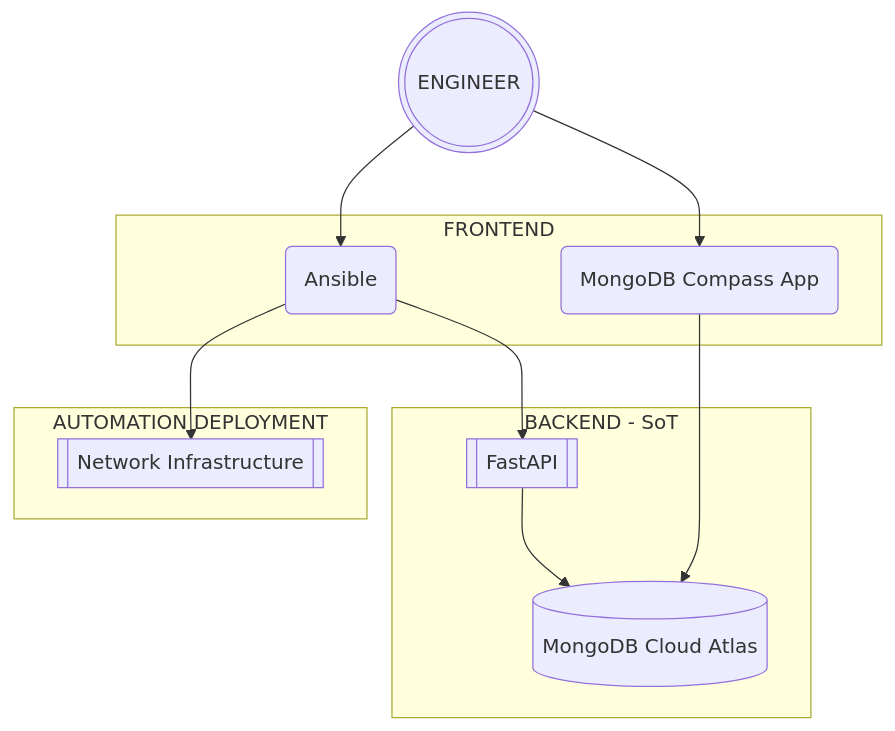
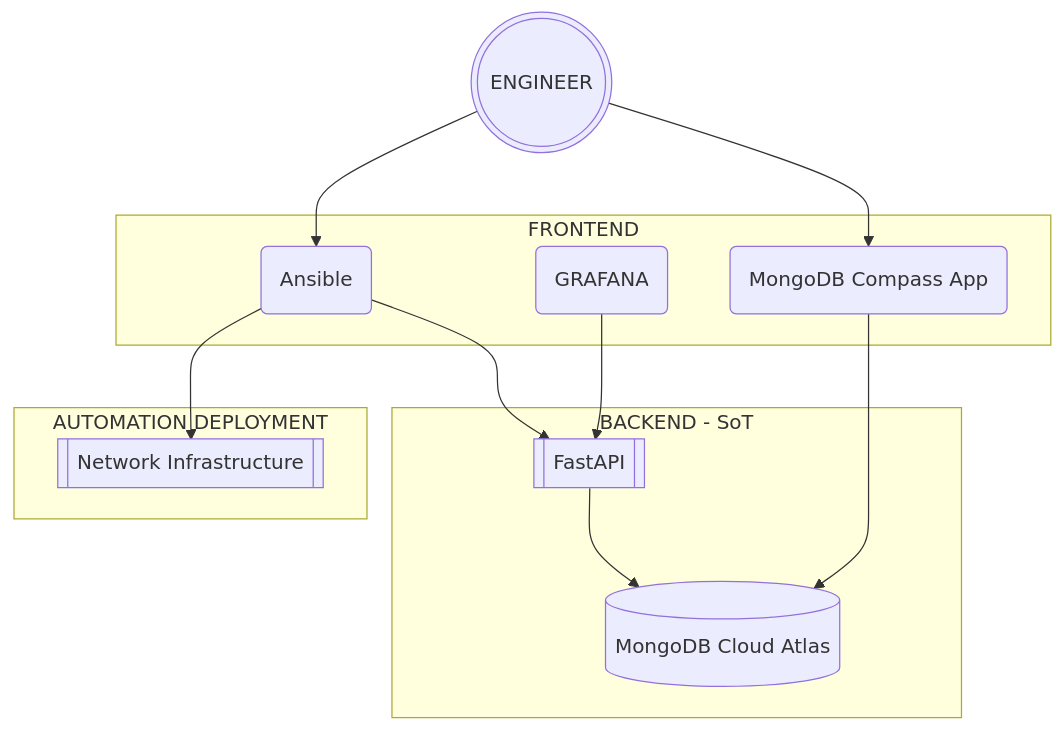
One commit to jnaranjom/iac_network_deployment changed the diagram in diagrams/automation_framework.md. Above: the diagram before and after it, drawn with Mermaid.

````diff
--- a/diagrams/automation_framework.md
+++ b/diagrams/automation_framework.md
@@ -3,22 +3,24 @@
 ```mermaid
 flowchart TB
     A[(MongoDB Cloud Atlas)]
     B[[FastAPI]]
     C(MongoDB Compass App)
     D(Ansible)
     E[[Network Infrastructure]]
     F(((ENGINEER)))
+    G(GRAFANA)
     subgraph BACKEND - SoT
         B --> A
     end
     subgraph FRONTEND
         C --> A
         D --> B
+        G --> B
     end
     F --> C
     F --> D
     subgraph AUTOMATION DEPLOYMENT
         D --> E
     end
 
 ```
````
